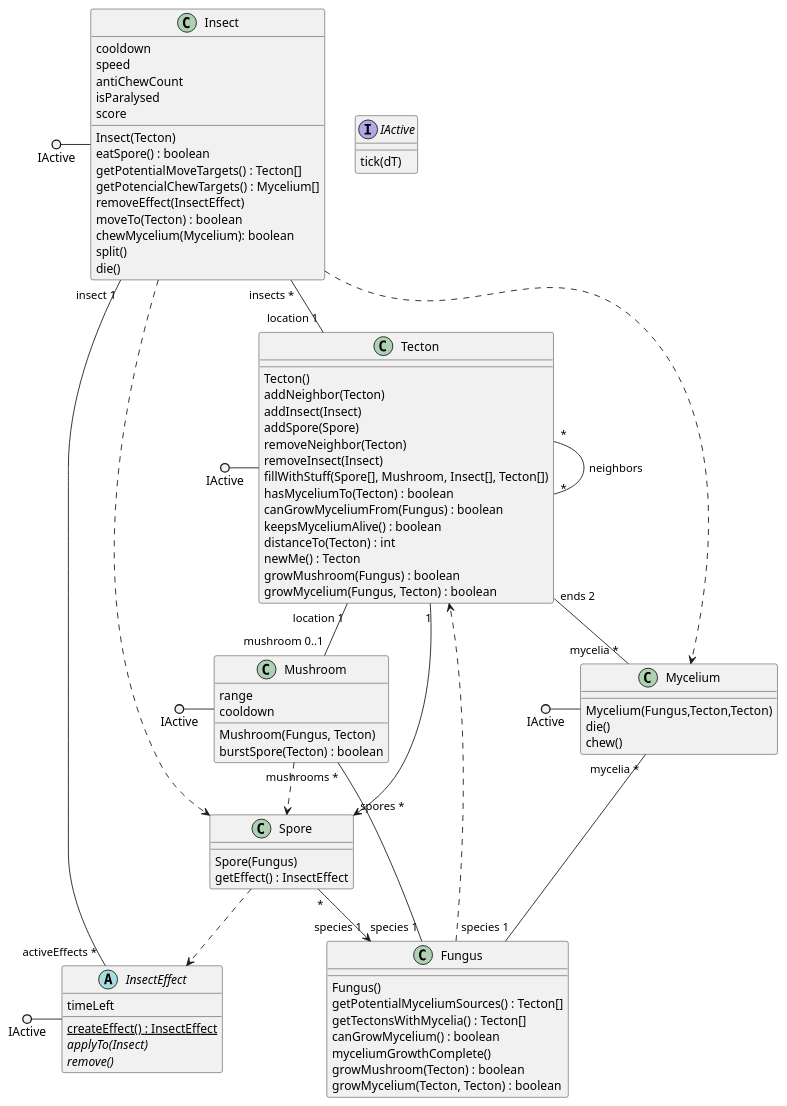
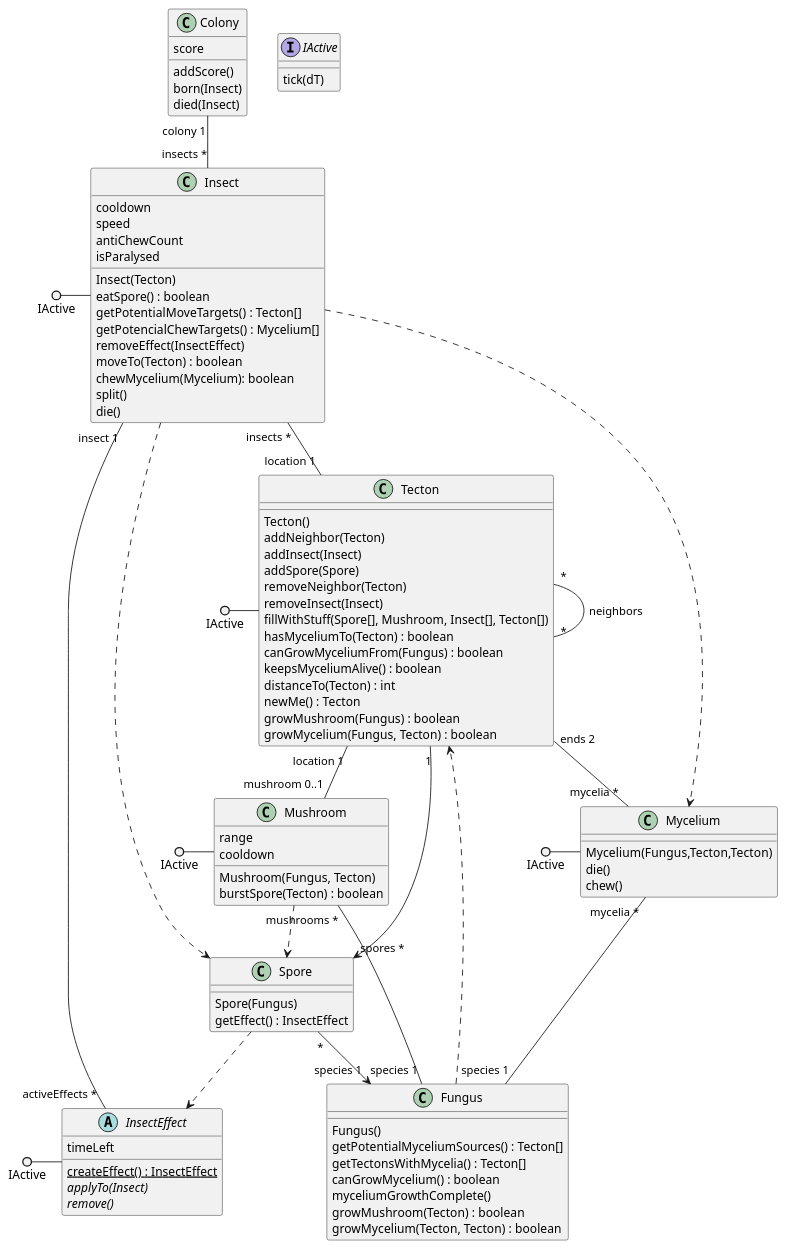
The diagram in SeqAndClassDiagrams/classes.puml (ZD4ve/projlab-error521), drawn with PlantUML before and after one commit. The commit also changed 3 other files, not shown here.

Commit message:
work done on diagram

```diff
--- a/SeqAndClassDiagrams/classes.puml
+++ b/SeqAndClassDiagrams/classes.puml
@@ -1,91 +1,102 @@
 @startuml classes
 interface IActive {
     tick(dT)
 }
 class Tecton {
     Tecton()
     addNeighbor(Tecton)
     addInsect(Insect)
     addSpore(Spore)
     removeNeighbor(Tecton)
     removeInsect(Insect)
     fillWithStuff(Spore[], Mushroom, Insect[], Tecton[])
     hasMyceliumTo(Tecton) : boolean
     canGrowMyceliumFrom(Fungus) : boolean
     keepsMyceliumAlive() : boolean
     distanceTo(Tecton) : int
     newMe() : Tecton
     growMushroom(Fungus) : boolean
     growMycelium(Fungus, Tecton) : boolean
 }
 class Fungus {
     Fungus()
     getPotentialMyceliumSources() : Tecton[]
     getTectonsWithMycelia() : Tecton[]
     canGrowMycelium() : boolean
     myceliumGrowthComplete()
     growMushroom(Tecton) : boolean
     growMycelium(Tecton, Tecton) : boolean
 }
 class Mycelium {
     Mycelium(Fungus,Tecton,Tecton)
     die()
     chew()
 }
 class Mushroom {
     range
     cooldown
     Mushroom(Fungus, Tecton)
     burstSpore(Tecton) : boolean
 }
 class Spore {
     Spore(Fungus)
     getEffect() : InsectEffect
 }
 class Insect {
     cooldown
     speed
     antiChewCount
     isParalysed
-    score
     Insect(Tecton)
     eatSpore() : boolean
     getPotentialMoveTargets() : Tecton[]
     getPotencialChewTargets() : Mycelium[]
     removeEffect(InsectEffect)
     moveTo(Tecton) : boolean
     chewMycelium(Mycelium): boolean
     split()
     die()
 }
 abstract InsectEffect {
     timeLeft
     {static} createEffect() : InsectEffect
     {abstract} applyTo(Insect)
     {abstract} remove()
 }
 
 IActive ()- Tecton
 IActive ()- Mushroom
 IActive ()- Mycelium
 IActive ()- Insect
 IActive ()- InsectEffect
 
 Tecton "*" -- "*" Tecton : neighbors
 Tecton "ends 2" -- "mycelia *" Mycelium
 Tecton "1" --> "spores *" Spore
 Tecton "location 1" -- "mushroom 0..1" Mushroom
 
 Mycelium "mycelia *" -- "species 1" Fungus
 Insect "insect 1" -- "activeEffects *" InsectEffect
 Insect "insects *" -- "location 1" Tecton
 Fungus "species 1" -- "mushrooms *" Mushroom
 Spore "*" --> "species 1" Fungus
 
 Fungus ..> Tecton
 Spore ..> InsectEffect
 Insect ..> Mycelium
 Insect ..> Spore
 Mushroom ..> Spore
 
+
+
+'Added after view design
+'TODO fix this diagram, add missing stuff
+class Colony{
+    score
+    addScore()
+    born(Insect)
+    died(Insect)
+}
+
+Colony "colony 1" -- "insects *" Insect
 @enduml
```
